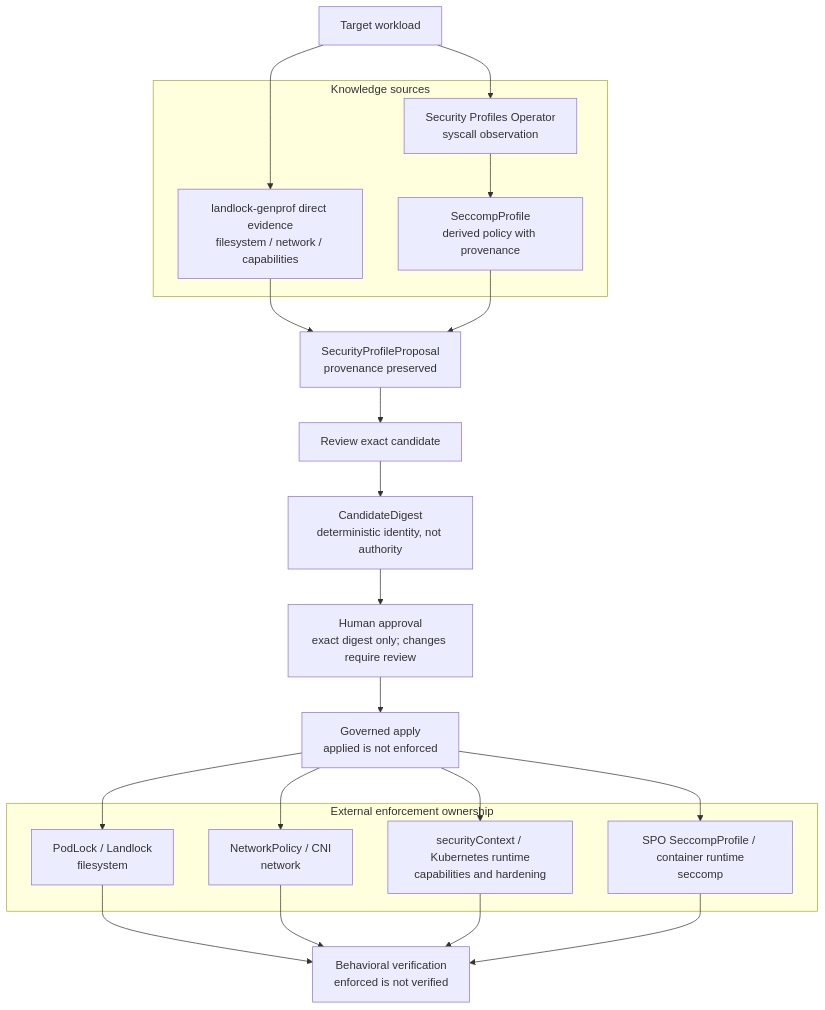
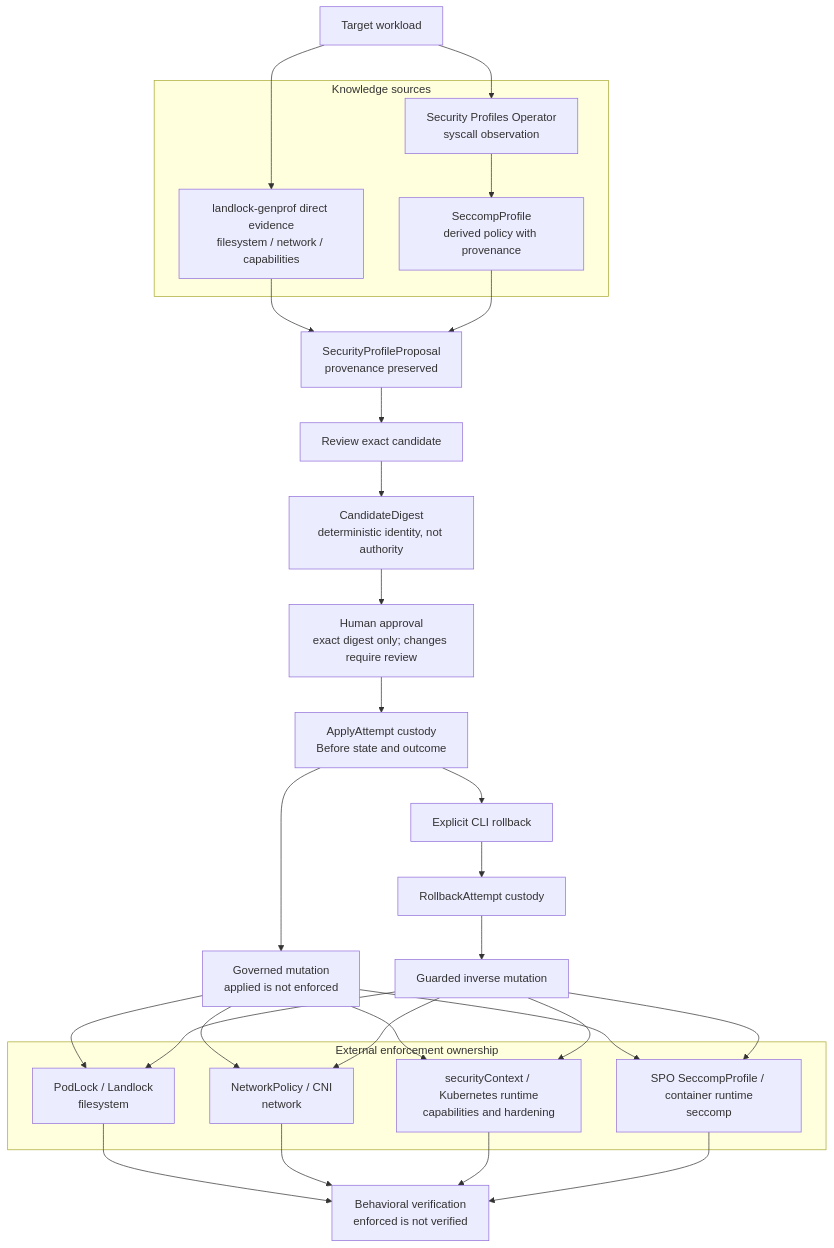
The diagram in docs/architecture.md (idriss-eliguene/landlock-genprof), drawn with Mermaid before and after one commit. The commit also changed other lines of this file and 23 other files, not shown here.

````diff
--- a/docs/architecture.md
+++ b/docs/architecture.md
@@ -11,43 +11,55 @@
 ```mermaid
 flowchart TD
     WORKLOAD["Target workload"]
 
     subgraph SOURCES["Knowledge sources"]
         DIRECT["landlock-genprof direct evidence<br/>filesystem / network / capabilities"]
         SPO["Security Profiles Operator<br/>syscall observation"]
         DERIVED["SeccompProfile<br/>derived policy with provenance"]
     end
 
     PROPOSAL["SecurityProfileProposal<br/>provenance preserved"]
     REVIEW["Review exact candidate"]
     DIGEST["CandidateDigest<br/>deterministic identity, not authority"]
     APPROVAL["Human approval<br/>exact digest only; changes require review"]
-    APPLY["Governed apply<br/>applied is not enforced"]
+    CUSTODY["ApplyAttempt custody<br/>Before state and outcome"]
+    APPLY["Governed mutation<br/>applied is not enforced"]
+    ROLLBACK["Explicit CLI rollback"]
+    ROLLBACKCUSTODY["RollbackAttempt custody"]
+    INVERSE["Guarded inverse mutation"]
 
     subgraph BACKENDS["External enforcement ownership"]
         FILESYSTEM["PodLock / Landlock<br/>filesystem"]
         NETWORK["NetworkPolicy / CNI<br/>network"]
         HARDENING["securityContext / Kubernetes runtime<br/>capabilities and hardening"]
         SECCOMP["SPO SeccompProfile / container runtime<br/>seccomp"]
     end
 
     VERIFY["Behavioral verification<br/>enforced is not verified"]
 
     WORKLOAD --> DIRECT
     WORKLOAD --> SPO
     SPO --> DERIVED
     DIRECT --> PROPOSAL
     DERIVED --> PROPOSAL
     PROPOSAL --> REVIEW
     REVIEW --> DIGEST
     DIGEST --> APPROVAL
-    APPROVAL --> APPLY
+    APPROVAL --> CUSTODY
+    CUSTODY --> APPLY
     APPLY --> FILESYSTEM
     APPLY --> NETWORK
     APPLY --> HARDENING
     APPLY --> SECCOMP
     FILESYSTEM --> VERIFY
     NETWORK --> VERIFY
     HARDENING --> VERIFY
     SECCOMP --> VERIFY
+    CUSTODY --> ROLLBACK
+    ROLLBACK --> ROLLBACKCUSTODY
+    ROLLBACKCUSTODY --> INVERSE
+    INVERSE --> FILESYSTEM
+    INVERSE --> NETWORK
+    INVERSE --> HARDENING
+    INVERSE --> SECCOMP
 ```
````
